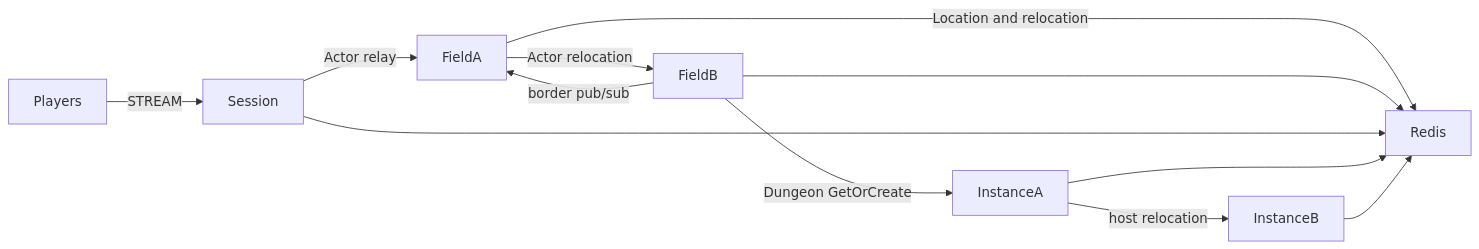
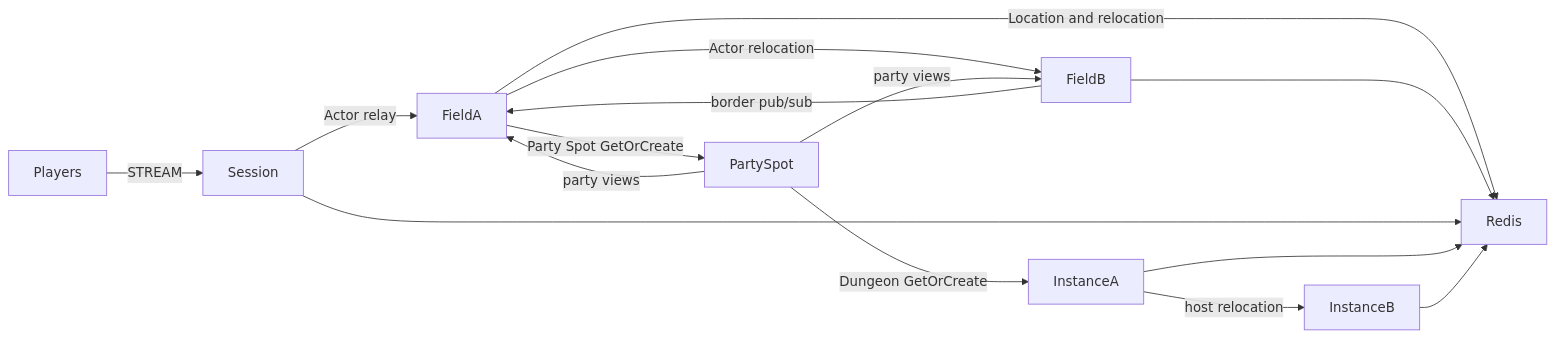
Before and after one commit to zlink-systems/zlink: the diagram in framework/languages/cpp/templates/morpg-fields-instances/my-game/README.md, drawn with Mermaid. The commit also changed other lines of this file and 147 other files, not shown here.

First line of the commit message:
templates: morpg-fields-instances 독립 Party Spot·서버 권위 이동·던전 실행 상태 기계, 다섯 언어 (#1756)

````diff
--- a/framework/languages/cpp/templates/morpg-fields-instances/my-game/README.md
+++ b/framework/languages/cpp/templates/morpg-fields-instances/my-game/README.md
@@ -5,14 +5,17 @@
 ```mermaid
 flowchart LR
   Players -->|STREAM| Session
   Session -->|Actor relay| FieldA
   FieldA -->|Actor relocation| FieldB
   FieldB -->|border pub/sub| FieldA
-  FieldB -->|Dungeon GetOrCreate| InstanceA
+  FieldA -->|Party Spot GetOrCreate| PartySpot
+  PartySpot -->|Dungeon GetOrCreate| InstanceA
+  PartySpot -->|party views| FieldA
+  PartySpot -->|party views| FieldB
   InstanceA -->|host relocation| InstanceB
   FieldA -->|Location and relocation| Redis
   FieldB --> Redis
   Session --> Redis
   InstanceA --> Redis
   InstanceB --> Redis
 ```
````
